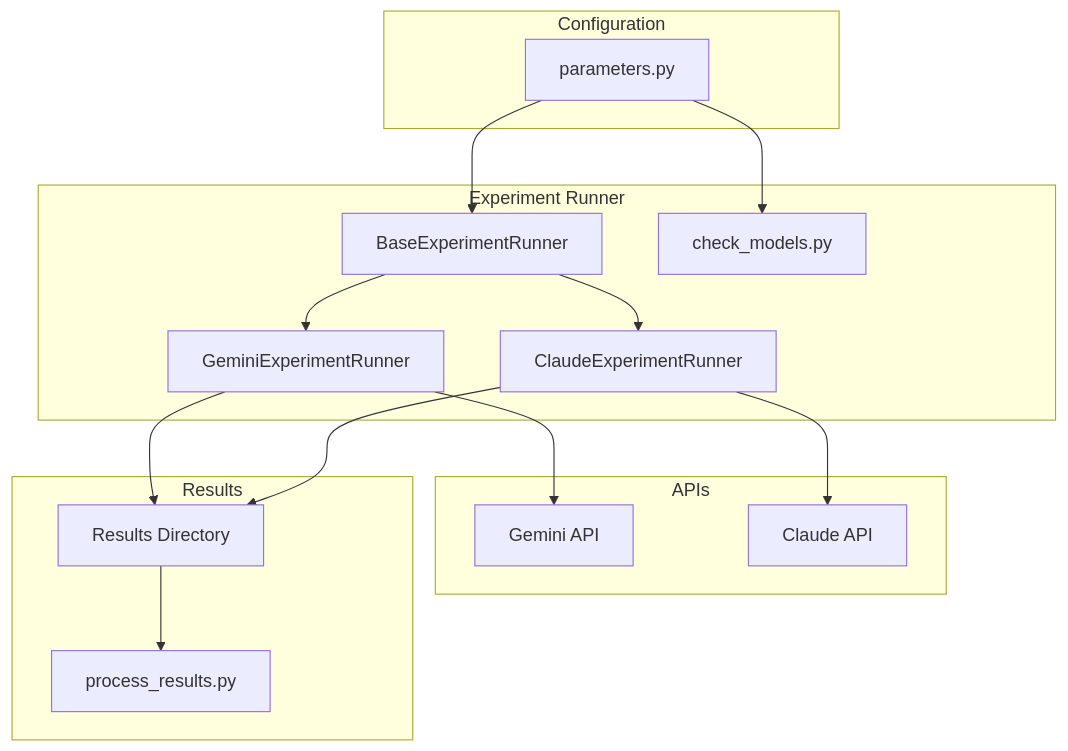
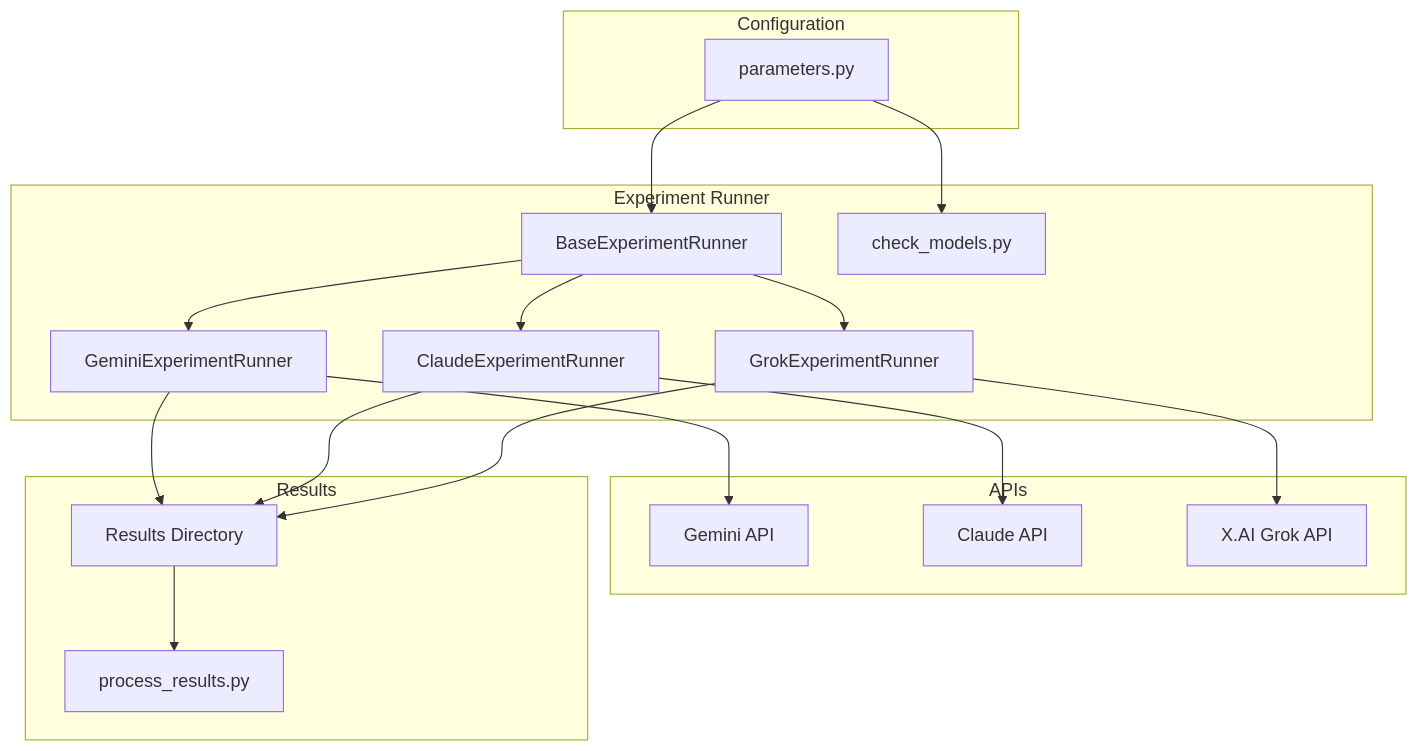
The diagram in memory-bank/systemPatterns.md (nshrhm/llm-literary-analysis), drawn with Mermaid before and after one commit. The commit also changed other lines of this file and 9 other files, not shown here.

````diff
--- a/memory-bank/systemPatterns.md
+++ b/memory-bank/systemPatterns.md
@@ -15,31 +15,35 @@
 ```mermaid
 flowchart TB
     subgraph Configuration
         parameters[parameters.py]
     end
 
     subgraph Experiment Runner
         base[BaseExperimentRunner]
         gemini[GeminiExperimentRunner]
         claude[ClaudeExperimentRunner]
+        grok[GrokExperimentRunner]
         check[check_models.py]
         
         parameters --> base
         base --> gemini
         base --> claude
+        base --> grok
         parameters --> check
     end
 
     subgraph APIs
         gemini --> Gemini[Gemini API]
         claude --> Claude[Claude API]
+        grok --> Grok[X.AI Grok API]
     end
 
     subgraph Results
         results[Results Directory]
         analysis[process_results.py]
         gemini --> results
         claude --> results
+        grok --> results
         results --> analysis
     end
 ```
````
